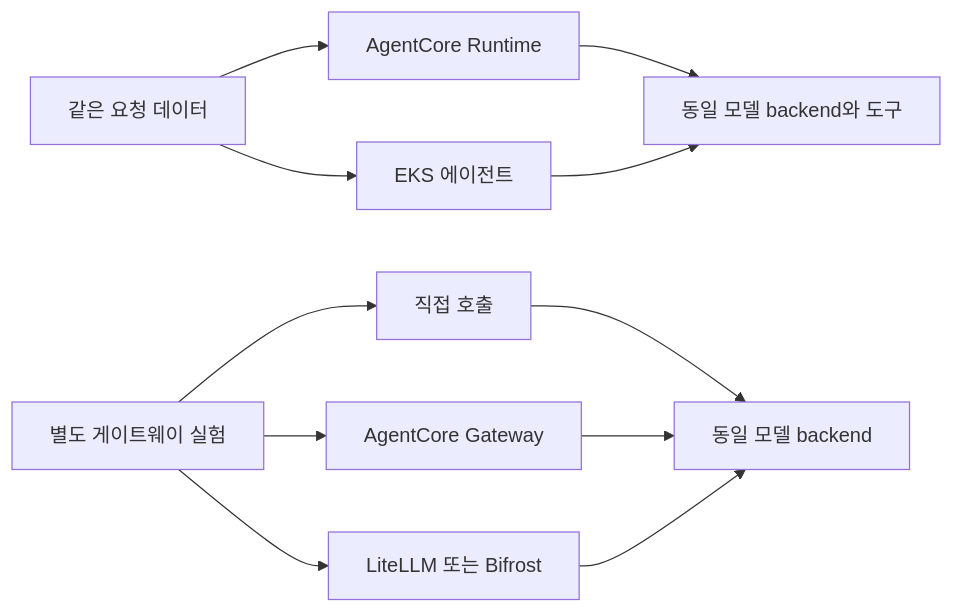
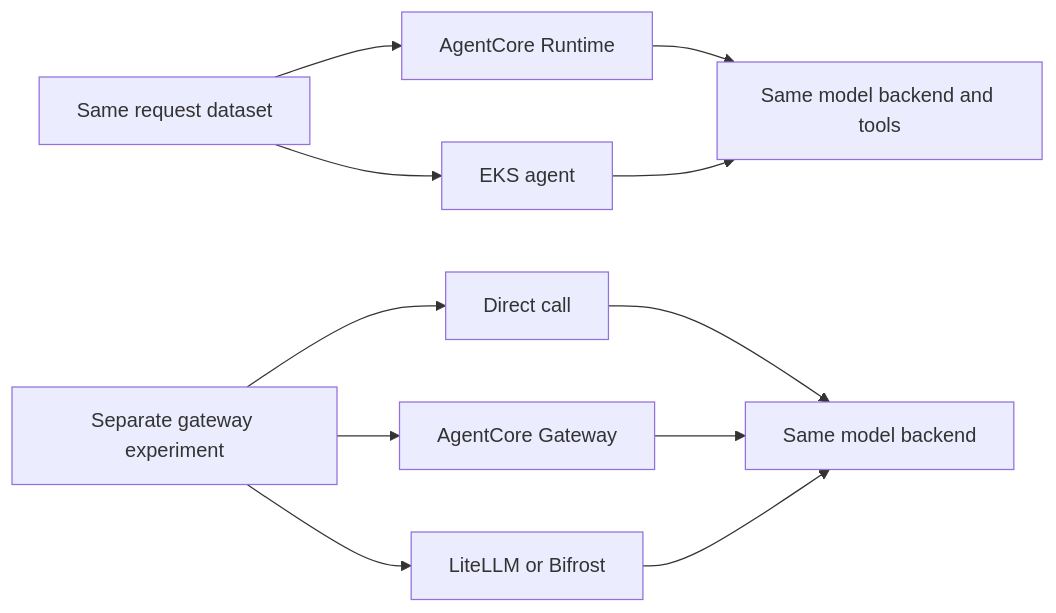
Before and after one commit to devfloor9/engineering-playbook: the first of 2 diagrams in docs/benchmarks/agentcore-vs-eks-inference.md, drawn with Mermaid. The commit also changed other lines of this file and 954 other files, not shown here.

````diff
--- a/docs/benchmarks/agentcore-vs-eks-inference.md
+++ b/docs/benchmarks/agentcore-vs-eks-inference.md
@@ -48,13 +48,13 @@
 ```mermaid
 flowchart LR
-    C[같은 요청 데이터] --> R1[AgentCore Runtime]
-    C --> R2[EKS 에이전트]
-    R1 --> B[동일 모델 backend와 도구]
+    C[Same request dataset] --> R1[AgentCore Runtime]
+    C --> R2[EKS agent]
+    R1 --> B[Same model backend and tools]
     R2 --> B
-    G[별도 게이트웨이 실험] --> G1[직접 호출]
+    G[Separate gateway experiment] --> G1[Direct call]
     G --> G2[AgentCore Gateway]
-    G --> G3[LiteLLM 또는 Bifrost]
-    G1 --> M[동일 모델 backend]
+    G --> G3[LiteLLM or Bifrost]
+    G1 --> M[Same model backend]
     G2 --> M
     G3 --> M
 ```
````
